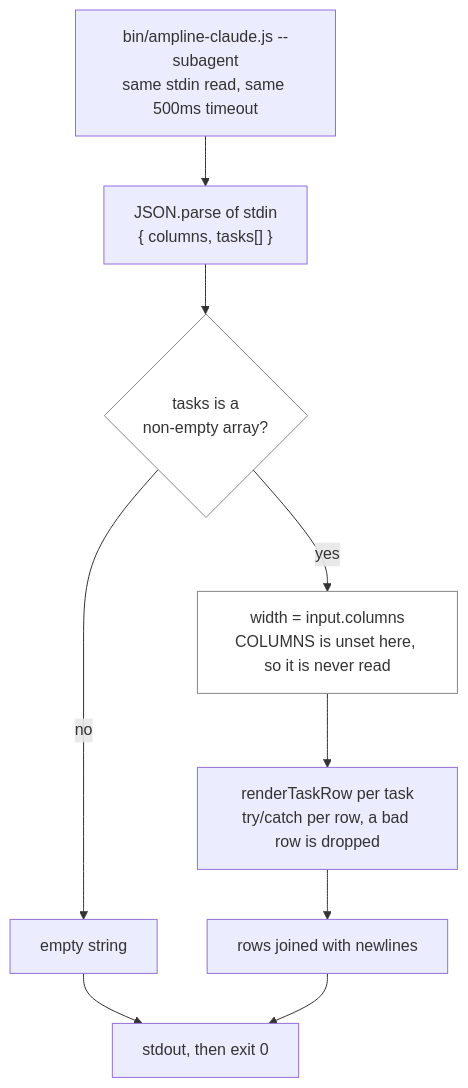
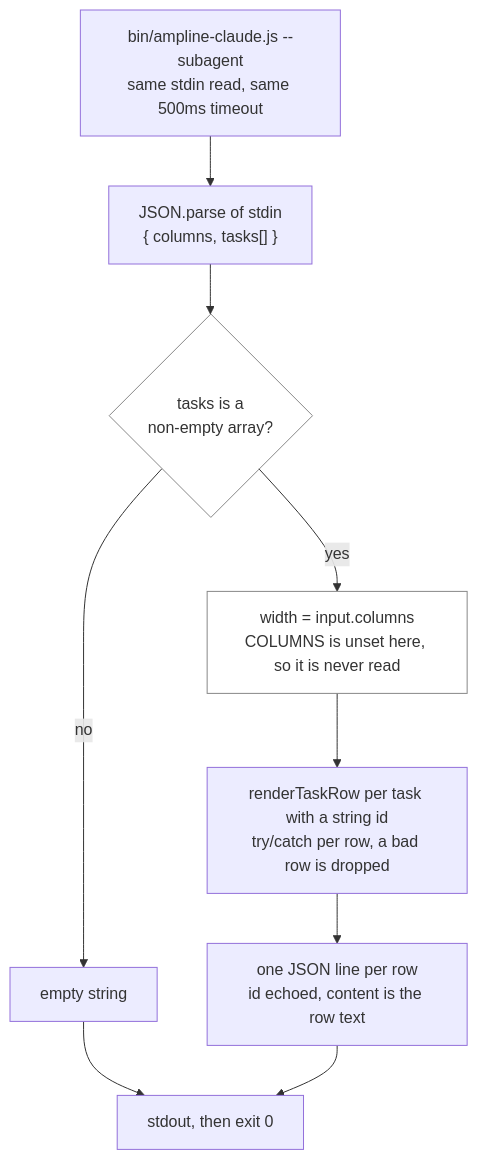
One commit to carterptull/ampline-claude changed the second of 2 diagrams in diagrams/render-sequence.md. Above: the diagram before and after it, drawn with Mermaid. The commit also changed other lines of this file and 6 other files, not shown here.

````diff
--- a/diagrams/render-sequence.md
+++ b/diagrams/render-sequence.md
@@ -66,18 +66,18 @@
 ```mermaid
 flowchart TB
     start["bin/ampline-claude.js --subagent<br/>same stdin read, same 500ms timeout"]
     parse["JSON.parse of stdin<br/>{ columns, tasks[] }"]
     check{"tasks is a<br/>non-empty array?"}
     empty["empty string"]
     width["width = input.columns<br/>COLUMNS is unset here, so it is never read"]
-    row["renderTaskRow per task<br/>try/catch per row, a bad row is dropped"]
-    join["rows joined with newlines"]
+    row["renderTaskRow per task with a string id<br/>try/catch per row, a bad row is dropped"]
+    join["one JSON line per row<br/>id echoed, content is the row text"]
     out["stdout, then exit 0"]
 
     start --> parse --> check
     check -->|no| empty --> out
     check -->|yes| width --> row --> join --> out
 
     style check fill:transparent,stroke:#888
     style width fill:transparent,stroke:#888
 ```
````
